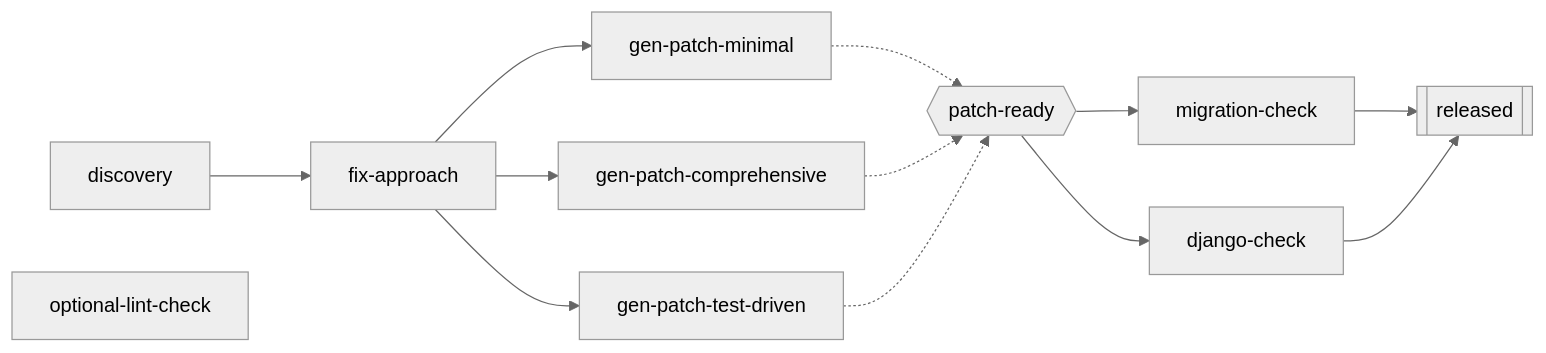
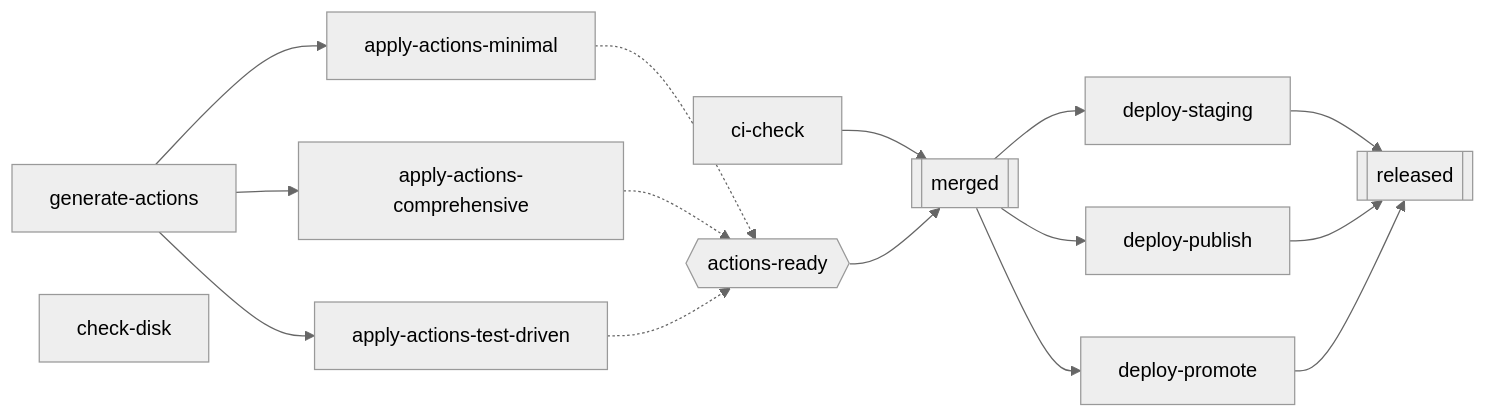
One commit to thompsonson/intelligent_agents changed the diagram in documentation/task-graph/or-groups/scenario.md. Above: the diagram before and after it, drawn with Mermaid (neutral theme). The commit also changed other lines of this file and 3 other files, not shown here.

````diff
--- a/documentation/task-graph/or-groups/scenario.md
+++ b/documentation/task-graph/or-groups/scenario.md
@@ -13,13 +13,16 @@
 ```mermaid
 graph LR
-    d[discovery] --> fa[fix-approach]
-    fa --> gpm[gen-patch-minimal]
-    fa --> gpc[gen-patch-comprehensive]
-    fa --> gpt[gen-patch-test-driven]
-    gpm & gpc & gpt -.-> pr{{patch-ready}}
-    pr --> mc[migration-check]
-    pr --> dc[django-check]
-    mc --> rel[[released]]
-    dc --> rel
-    lint[optional-lint-check]
+    ci[ci-check] --> merged[[merged]]
+    ga[generate-actions] --> aam[apply-actions-minimal]
+    ga --> aac[apply-actions-comprehensive]
+    ga --> aat[apply-actions-test-driven]
+    aam & aac & aat -.-> ar{{actions-ready}}
+    ar --> merged
+    merged --> ds[deploy-staging]
+    merged --> dpub[deploy-publish]
+    merged --> dpr[deploy-promote]
+    ds --> released[[released]]
+    dpub --> released
+    dpr --> released
+    cd[check-disk]
 ```
````
